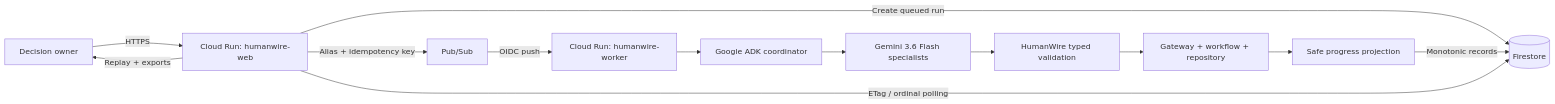
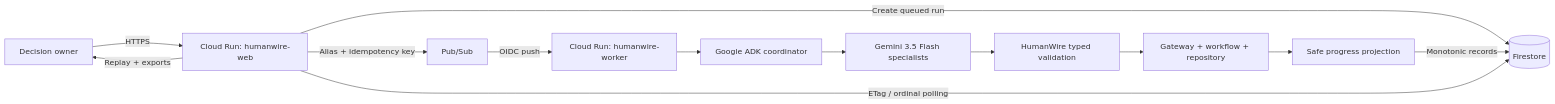
One commit to marker2601/humanwire-agent-council changed the diagram in docs/hackathon-build/spec.md. Above: the diagram before and after it, drawn with Mermaid. The commit also changed other lines of this file and 44 other files, not shown here.

````diff
--- a/docs/hackathon-build/spec.md
+++ b/docs/hackathon-build/spec.md
@@ -30,15 +38,15 @@
 ```mermaid
 flowchart LR
     U["Decision owner"] -->|"HTTPS"| W["Cloud Run: humanwire-web"]
     W -->|"Create queued run"| F[("Firestore")]
     W -->|"Alias + idempotency key"| P["Pub/Sub"]
     P -->|"OIDC push"| R["Cloud Run: humanwire-worker"]
     R --> A["Google ADK coordinator"]
-    A --> G["Gemini 3.6 Flash specialists"]
+    A --> G["Gemini 3.5 Flash specialists"]
     G --> V["HumanWire typed validation"]
     V --> H["Gateway + workflow + repository"]
     H --> O["Safe progress projection"]
     O -->|"Monotonic records"| F
     W -->|"ETag / ordinal polling"| F
     W -->|"Replay + exports"| U
 ```
````
